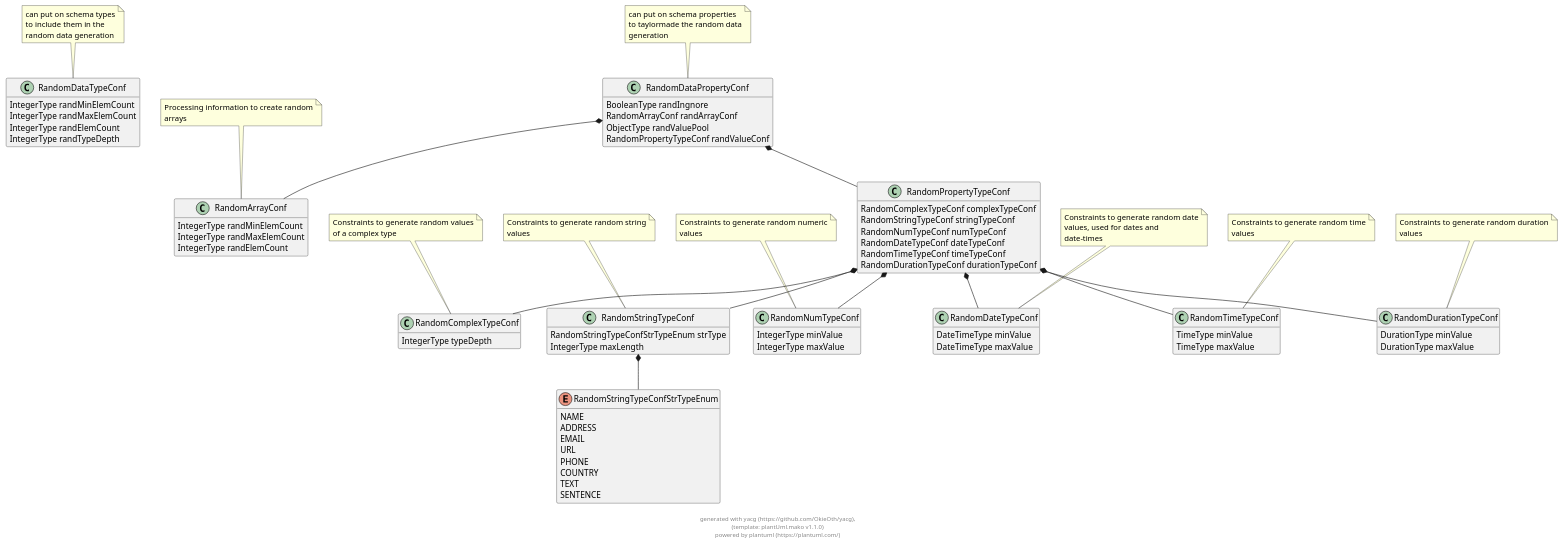
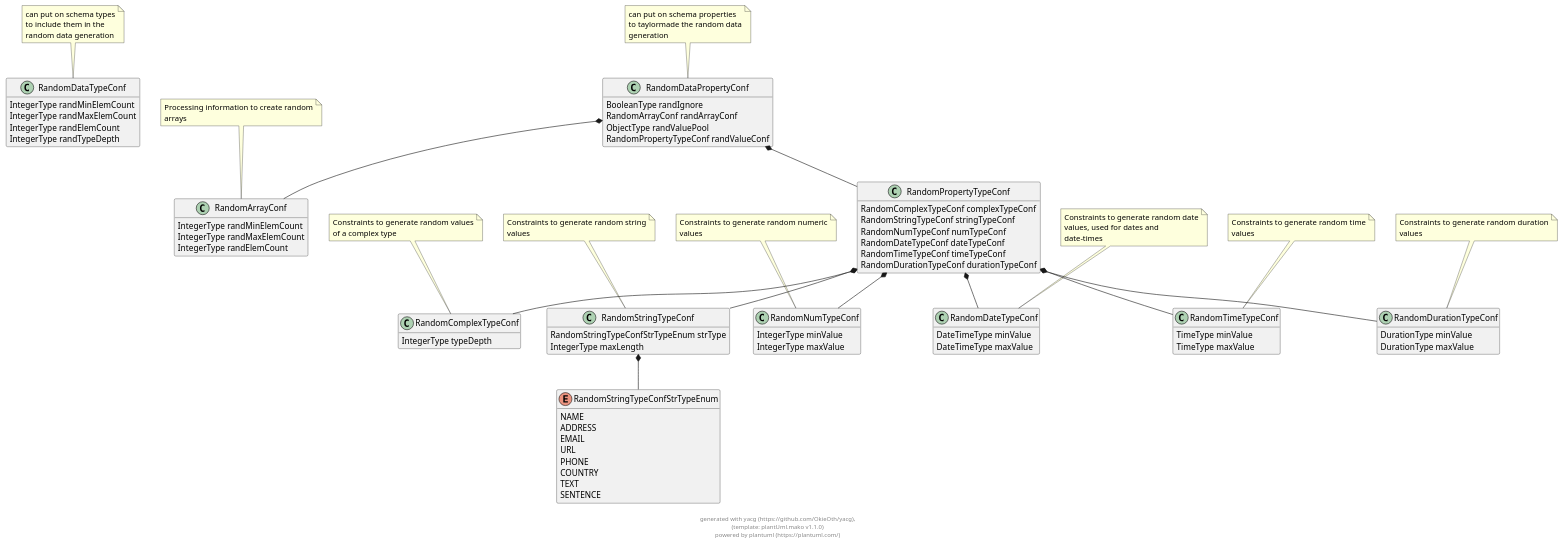
The diagram in docs/puml/yacg_random_data_types.puml (OkieOth/yacg), drawn with PlantUML before and after one commit. The commit also changed 4 other files, not shown here.

```diff
--- a/docs/puml/yacg_random_data_types.puml
+++ b/docs/puml/yacg_random_data_types.puml
@@ -2,154 +2,154 @@
 @startuml
 hide empty methods
 hide empty fields
 
 class RandomDataTypeConf {
         IntegerType randMinElemCount
         IntegerType randMaxElemCount
         IntegerType randElemCount
         IntegerType randTypeDepth
 }
 
 note top: can put on schema types\nto include them in the\nrandom data generation
 
 class RandomDataPropertyConf {
-        BooleanType randIngnore
+        BooleanType randIgnore
         RandomArrayConf randArrayConf
         ObjectType randValuePool
         RandomPropertyTypeConf randValueConf
 }
 
 note top: can put on schema properties\nto taylormade the random data\ngeneration
 
 class RandomArrayConf {
         IntegerType randMinElemCount
         IntegerType randMaxElemCount
         IntegerType randElemCount
 }
 
 note top: Processing information to create random\narrays
 
 class RandomPropertyTypeConf {
         RandomComplexTypeConf complexTypeConf
         RandomStringTypeConf stringTypeConf
         RandomNumTypeConf numTypeConf
         RandomDateTypeConf dateTypeConf
         RandomTimeTypeConf timeTypeConf
         RandomDurationTypeConf durationTypeConf
 }
 
 
 class RandomComplexTypeConf {
         IntegerType typeDepth
 }
 
 note top: Constraints to generate random values\nof a complex type
 
 class RandomStringTypeConf {
         RandomStringTypeConfStrTypeEnum strType
         IntegerType maxLength
 }
 
 note top: Constraints to generate random string\nvalues
 
 class RandomNumTypeConf {
         IntegerType minValue
         IntegerType maxValue
 }
 
 note top: Constraints to generate random numeric\nvalues
 
 class RandomDateTypeConf {
         DateTimeType minValue
         DateTimeType maxValue
 }
 
 note top: Constraints to generate random date\nvalues, used for dates and\ndate-times
 
 class RandomTimeTypeConf {
         TimeType minValue
         TimeType maxValue
 }
 
 note top: Constraints to generate random time\nvalues
 
 class RandomDurationTypeConf {
         DurationType minValue
         DurationType maxValue
 }
 
 note top: Constraints to generate random duration\nvalues
 
 enum RandomStringTypeConfStrTypeEnum {
     NAME
     ADDRESS
     EMAIL
     URL
     PHONE
     COUNTRY
     TEXT
     SENTENCE
 }
 
 
 
     
 
 
 
 
     
 
 RandomDataPropertyConf  *--  RandomArrayConf
             
 
 
 RandomDataPropertyConf  *--  RandomPropertyTypeConf
             
 
     
 
 
 
     
 RandomPropertyTypeConf  *--  RandomComplexTypeConf
             
 
 RandomPropertyTypeConf  *--  RandomStringTypeConf
             
 
 RandomPropertyTypeConf  *--  RandomNumTypeConf
             
 
 RandomPropertyTypeConf  *--  RandomDateTypeConf
             
 
 RandomPropertyTypeConf  *--  RandomTimeTypeConf
             
 
 RandomPropertyTypeConf  *--  RandomDurationTypeConf
             
 
     
 
     
 RandomStringTypeConf  *--  RandomStringTypeConfStrTypeEnum
             
 
 
     
 
 
     
 
 
     
 
 
     
 
 
     
 
 footer \ngenerated with yacg (https://github.com/OkieOth/yacg),\n(template: plantUml.mako v1.1.0)\npowered by plantuml (https://plantuml.com/)
 @enduml
```
